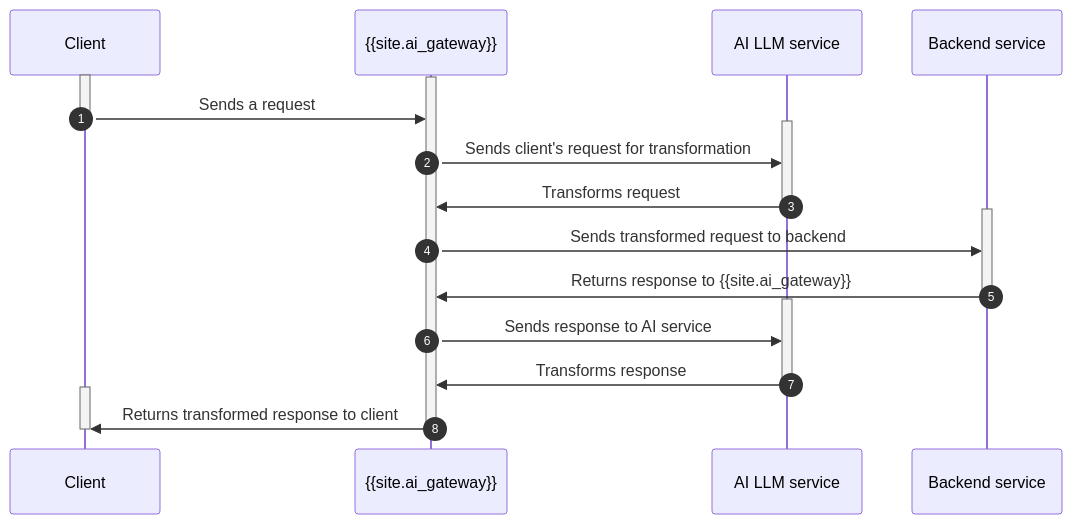
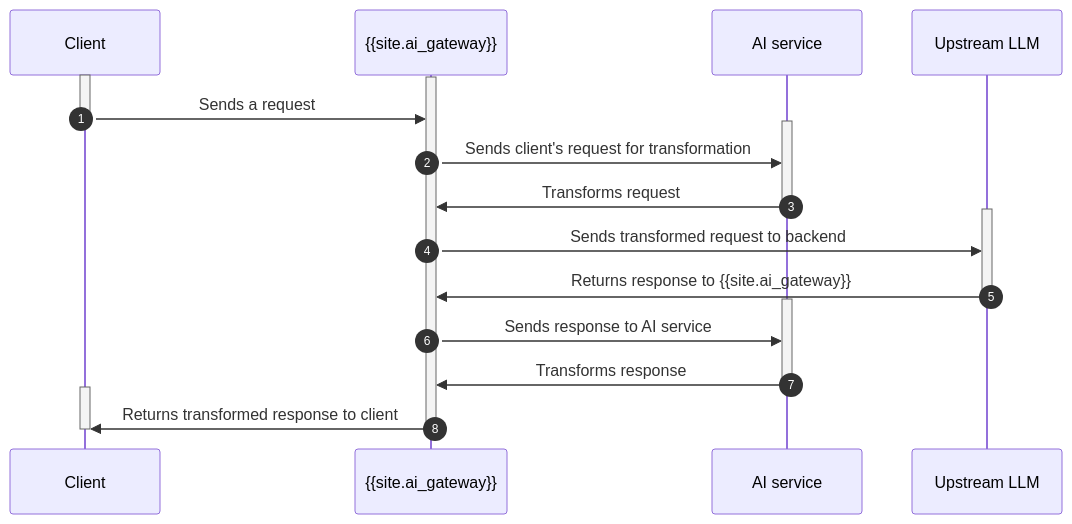
The diagram in app/_includes/md/ai-gateway/v2/ai-transformer-diagram.md (Kong/developer.konghq.com), drawn with Mermaid before and after one commit. The commit also changed other lines of this file and 1 other file, not shown here.

Commit message:
clean up diagram labels

```diff
--- a/app/_includes/md/ai-gateway/v2/ai-transformer-diagram.md
+++ b/app/_includes/md/ai-gateway/v2/ai-transformer-diagram.md
@@ -2,28 +2,28 @@
 {% mermaid %}
 sequenceDiagram
     autonumber
     participant client as Client
     participant kong as {{site.ai_gateway}}
-    participant ai as AI LLM service
-    participant backend as Backend service
+    participant ai as AI service
+    participant backend as Upstream LLM
     activate client
     activate kong
     client->>kong: Sends a request
     deactivate client
     activate ai
     kong->>ai: Sends client's request for transformation
     ai->>kong: Transforms request
     deactivate ai
     activate backend
     kong->>backend: Sends transformed request to backend
     backend->>kong: Returns response to {{site.ai_gateway}}
     deactivate backend
     activate ai
     kong->>ai: Sends response to AI service
     ai->>kong: Transforms response
     deactivate ai
     activate client
     kong->>client: Returns transformed response to client
     deactivate kong
     deactivate client
 {% endmermaid %}
```
